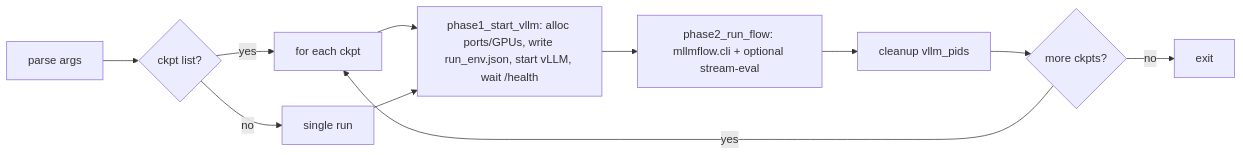
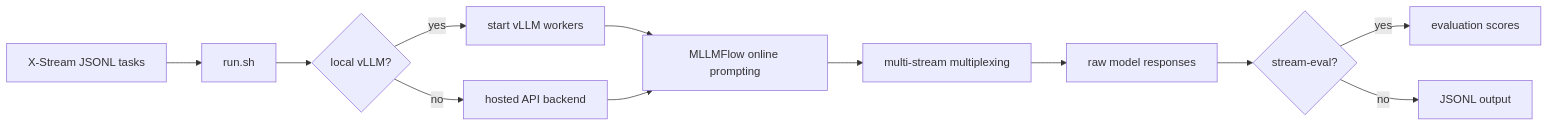
The diagram in README.md (PeiwenSun2000/X-Stream), drawn with Mermaid before and after one commit. The commit also changed other lines of this file and 4 other files, not shown here.

````diff
--- a/README.md
+++ b/README.md
@@ -10,13 +33,14 @@
 ```mermaid
 flowchart LR
-    args[parse args] --> mode{ckpt list?}
-    mode -- yes --> loop[for each ckpt]
-    mode -- no --> single[single run]
-    loop --> phase1
-    single --> phase1
-    phase1["phase1_start_vllm: alloc ports/GPUs, write run_env.json, start vLLM, wait /health"] --> phase2
-    phase2["phase2_run_flow: mllmflow.cli + optional stream-eval"] --> cleanup
-    cleanup[cleanup vllm_pids] --> nextNode{more ckpts?}
-    nextNode -- yes --> loop
-    nextNode -- no --> doneNode[exit]
+    dataset[X-Stream JSONL tasks] --> runner[run.sh]
+    runner --> server{local vLLM?}
+    server -- yes --> vllm[start vLLM workers]
+    server -- no --> api[hosted API backend]
+    vllm --> flow[MLLMFlow online prompting]
+    api --> flow
+    flow --> mux[multi-stream multiplexing]
+    mux --> output[raw model responses]
+    output --> judge{stream-eval?}
+    judge -- yes --> scores[evaluation scores]
+    judge -- no --> done[JSONL output]
 ```
````
